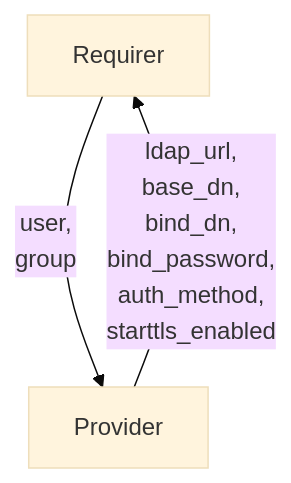
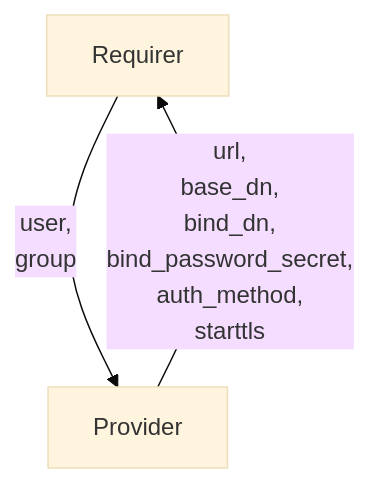
One commit to canonical/charm-relation-interfaces changed the diagram in interfaces/ldap/v0/README.md. Above: the diagram before and after it, drawn with Mermaid (base theme). The commit also changed other lines of this file and 2 other files, not shown here.

````diff
--- a/interfaces/ldap/v0/README.md
+++ b/interfaces/ldap/v0/README.md
@@ -10,5 +17,5 @@
 ```mermaid
 flowchart TD
     Requirer -- user, \ngroup --> Provider
-    Provider -- ldap_url, \nbase_dn, \nbind_dn, \nbind_password, \nauth_method, \nstarttls_enabled --> Requirer
+    Provider -- url, \nbase_dn, \nbind_dn, \nbind_password_secret, \nauth_method, \nstarttls --> Requirer
 ```
````
